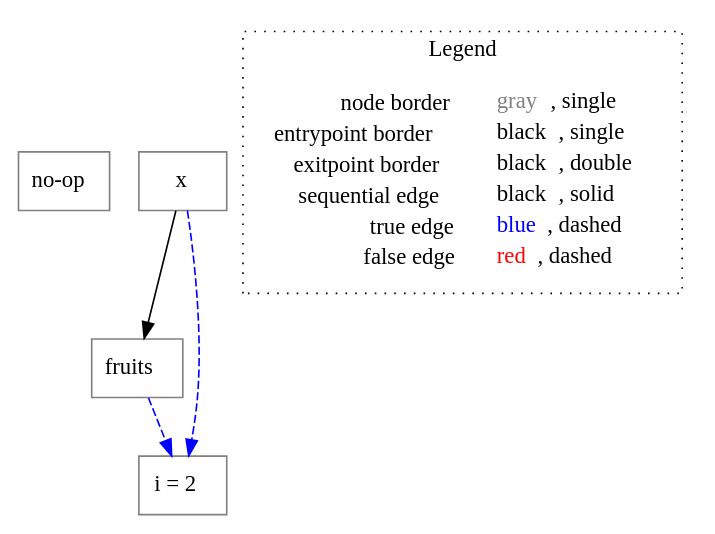
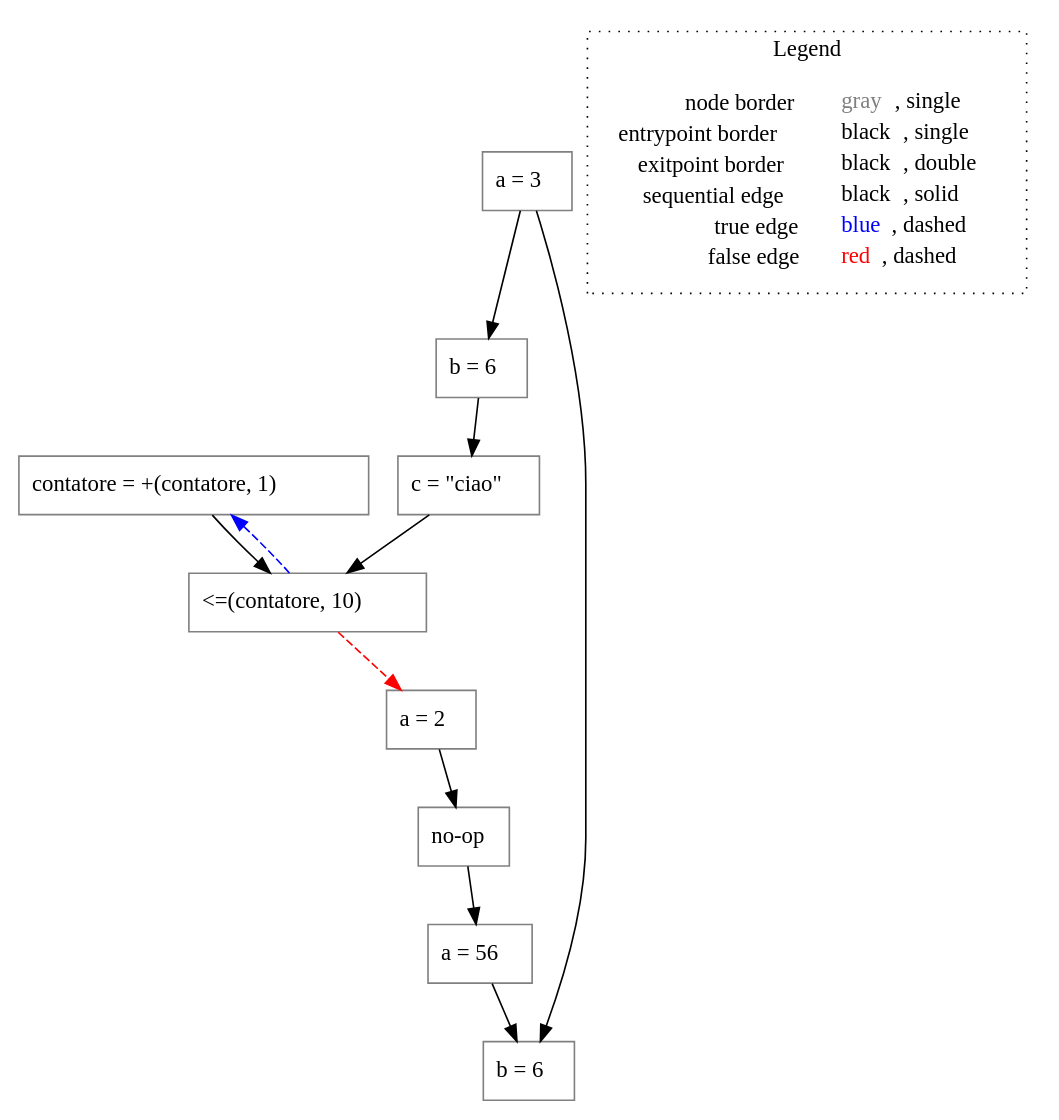
One commit to lisa-analyzer/pylisa changed the diagram in pylisa/workdir/untyped__repr_info().dot. Above: the diagram before and after it, drawn with Graphviz. The commit also changed 7 other files, not shown here.

```diff
--- a/pylisa/workdir/untyped__repr_info().dot
+++ b/pylisa/workdir/untyped__repr_info().dot
@@ -1,16 +1,28 @@
 digraph {
-	"node0" [shape="rect",color="gray",label=<no-op>];
-	"node1" [shape="rect",color="gray",label=<x>];
-	"node2" [shape="rect",color="gray",label=<fruits>];
-	"node3" [shape="rect",color="gray",label=<i = 2>];
-	"node1" -> "node2" [color="black"];
-	"node1" -> "node3" [color="blue",style="dashed"];
-	"node2" -> "node3" [color="blue",style="dashed"];
+	"node0" [shape="rect",color="gray",label=<contatore = +(contatore, 1)>];
+	"node1" [shape="rect",color="gray",label=<b = 6>];
+	"node2" [shape="rect",color="gray",label=<b = 6>];
+	"node3" [shape="rect",color="gray",label=<a = 3>];
+	"node4" [shape="rect",color="gray",label=<a = 56>];
+	"node5" [shape="rect",color="gray",label=<a = 2>];
+	"node6" [shape="rect",color="gray",label=<&lt;=(contatore, 10)>];
+	"node7" [shape="rect",color="gray",label=<no-op>];
+	"node8" [shape="rect",color="gray",label=<c = &quot;ciao&quot;>];
+	"node0" -> "node6" [color="black"];
+	"node2" -> "node8" [color="black"];
+	"node3" -> "node1" [color="black"];
+	"node3" -> "node2" [color="black"];
+	"node4" -> "node1" [color="black"];
+	"node5" -> "node7" [color="black"];
+	"node6" -> "node0" [color="blue",style="dashed"];
+	"node6" -> "node5" [color="red",style="dashed"];
+	"node7" -> "node4" [color="black"];
+	"node8" -> "node6" [color="black"];
 subgraph cluster_legend {
 	label="Legend";
 	style=dotted;
 	node [shape=plaintext];
 	"legend" [label=<<table border="0" cellpadding="2" cellspacing="0" cellborder="0"><tr><td align="right">node border&nbsp;</td><td align="left"><font color="gray">gray</font>, single</td></tr><tr><td align="right">entrypoint border&nbsp;</td><td align="left"><font color="black">black</font>, single</td></tr><tr><td align="right">exitpoint border&nbsp;</td><td align="left"><font color="black">black</font>, double</td></tr><tr><td align="right">sequential edge&nbsp;</td><td align="left"><font color="black">black</font>, solid</td></tr><tr><td align="right">true edge&nbsp;</td><td align="left"><font color="blue">blue</font>, dashed</td></tr><tr><td align="right">false edge&nbsp;</td><td align="left"><font color="red">red</font>, dashed</td></tr></table>>];
 }
 
 }
```
